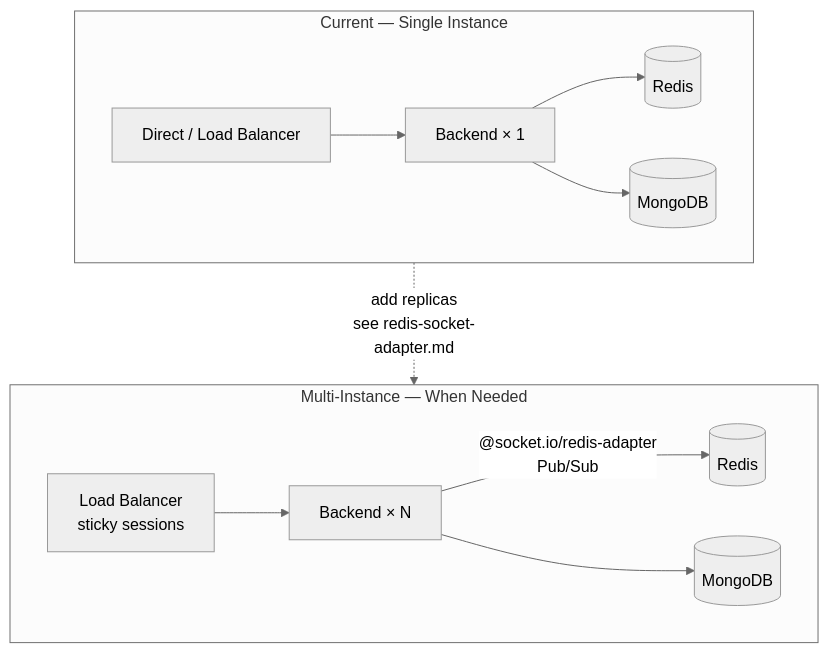
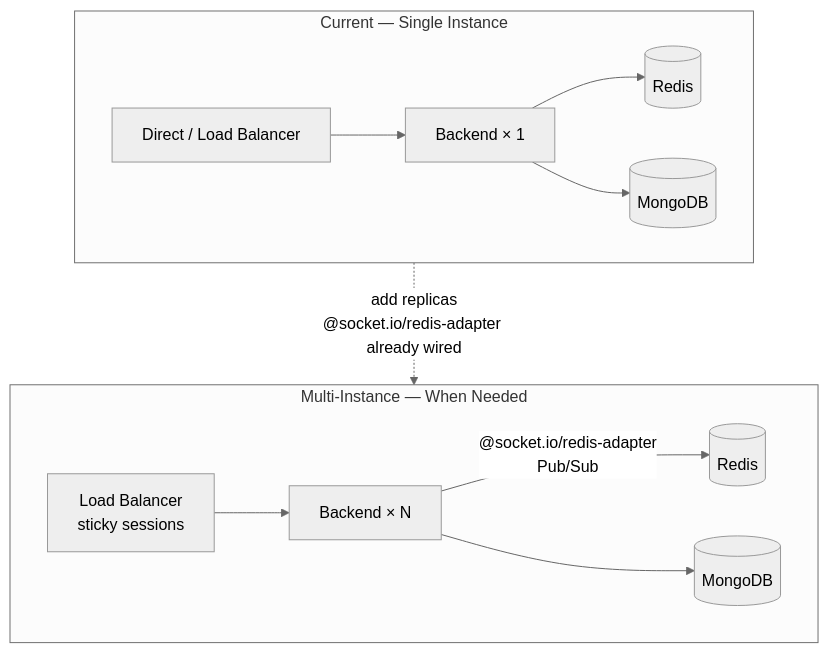
Before and after one commit to JustinBurrell/continuum: the fourth of 4 diagrams in docs/backend/system-design.md, drawn with Mermaid (neutral theme). The commit also changed other lines of this file and 2 other files, not shown here.

Commit message:
docs: update API reference, system design, and roadmap for steps 5-10

````diff
--- a/docs/backend/system-design.md
+++ b/docs/backend/system-design.md
@@ -164,16 +164,16 @@
 ```mermaid
 flowchart TB
     subgraph NOW["Current — Single Instance"]
         LB1["Direct / Load Balancer"] --> B1["Backend × 1"]
         B1 --> R1[("Redis")]
         B1 --> M1[("MongoDB")]
     end
 
     subgraph NEXT["Multi-Instance — When Needed"]
         LB2["Load Balancer\nsticky sessions"] --> B2["Backend × N"]
         B2 -- "@socket.io/redis-adapter\nPub/Sub" --> R2[("Redis")]
         B2 --> M2[("MongoDB")]
     end
 
-    NOW -.->|"add replicas\nsee redis-socket-adapter.md"| NEXT
+    NOW -.->|"add replicas\n@socket.io/redis-adapter already wired"| NEXT
 ```
````
